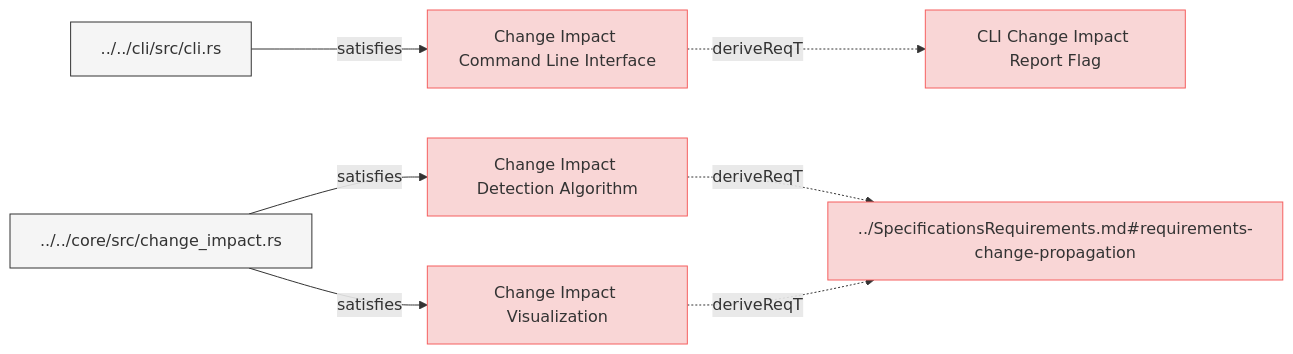
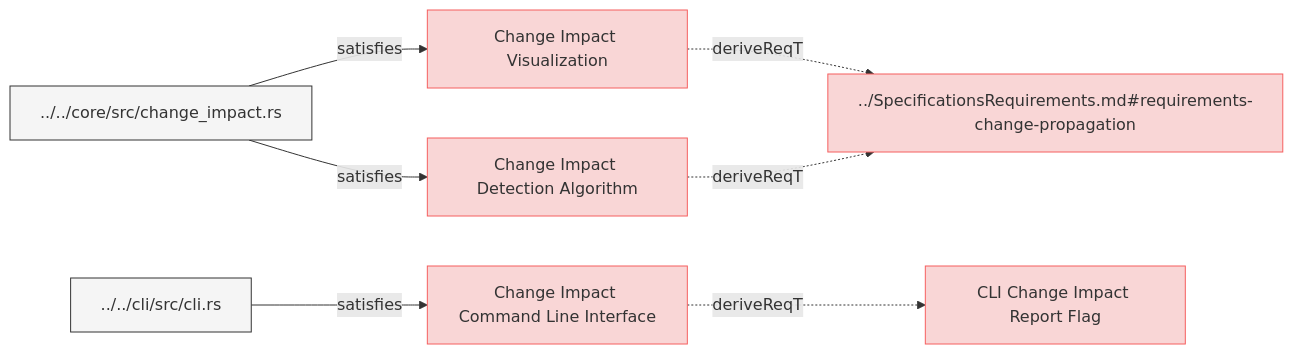
The diagram in specifications/SystemRequirements/ChangeImpactPropagation.md (reqvire-org/reqvire), drawn with Mermaid before and after one commit. The commit also changed 37 other files, not shown here.

Commit message:
Allow diagrams with blobs links when configured.

````diff
--- a/specifications/SystemRequirements/ChangeImpactPropagation.md
+++ b/specifications/SystemRequirements/ChangeImpactPropagation.md
@@ -6,36 +6,36 @@
 ```mermaid
 graph LR;
   %% Graph styling
   classDef requirement fill:#f9d6d6,stroke:#f55f5f,stroke-width:1px;
   classDef verification fill:#d6f9d6,stroke:#5fd75f,stroke-width:1px;
   classDef externalLink fill:#d0e0ff,stroke:#3080ff,stroke-width:1px;
   classDef default fill:#f5f5f5,stroke:#333333,stroke-width:1px;
 
-  df07168dd5bc52f5["Change Impact Command Line Interface"];
-  click df07168dd5bc52f5 "ChangeImpactPropagation.md#change-impact-command-line-interface";
-  class df07168dd5bc52f5 requirement;
-  c020978403254f09["CLI Change Impact Report Flag"];
-  class c020978403254f09 requirement;
-  click c020978403254f09 "Requirements.md#cli-change-impact-report-flag";
-  df07168dd5bc52f5 -.->|deriveReqT| c020978403254f09;
-  2f21d2133dbfd205["../../cli/src/cli.rs"];
-  class 2f21d2133dbfd205 default;
-  click 2f21d2133dbfd205 "../../cli/src/cli.rs";
-  2f21d2133dbfd205 -->|satisfies| df07168dd5bc52f5;
-  d46f18156c13fc62["Change Impact Detection Algorithm"];
-  click d46f18156c13fc62 "ChangeImpactPropagation.md#change-impact-detection-algorithm";
-  class d46f18156c13fc62 requirement;
-  d914e938be7e0abf["../SpecificationsRequirements.md#requirements-change-propagation"];
-  class d914e938be7e0abf requirement;
-  click d914e938be7e0abf "../SpecificationsRequirements.md#requirements-change-propagation";
-  d46f18156c13fc62 -.->|deriveReqT| d914e938be7e0abf;
-  76acbdfdc0fba01e["../../core/src/change_impact.rs"];
-  class 76acbdfdc0fba01e default;
-  click 76acbdfdc0fba01e "../../core/src/change_impact.rs";
-  76acbdfdc0fba01e -->|satisfies| d46f18156c13fc62;
-  b5f53f632fafec7e["Change Impact Visualization"];
-  click b5f53f632fafec7e "ChangeImpactPropagation.md#change-impact-visualization";
-  class b5f53f632fafec7e requirement;
-  b5f53f632fafec7e -.->|deriveReqT| d914e938be7e0abf;
-  76acbdfdc0fba01e -->|satisfies| b5f53f632fafec7e;
+  4ba519ed09b81863["Change Impact Visualization"];
+  click 4ba519ed09b81863 "specifications/SystemRequirements/ChangeImpactPropagation.md#change-impact-visualization#change-impact-visualization";
+  class 4ba519ed09b81863 requirement;
+  2054606d7574a553["../SpecificationsRequirements.md#requirements-change-propagation"];
+  class 2054606d7574a553 requirement;
+  click 2054606d7574a553 "specifications/SpecificationsRequirements.md#requirements-change-propagation#requirements-change-propagation";
+  4ba519ed09b81863 -.->|deriveReqT| 2054606d7574a553;
+  4b89dbed94c08c3e["../../core/src/change_impact.rs"];
+  class 4b89dbed94c08c3e default;
+  click 4b89dbed94c08c3e "core/src/change_impact.rs";
+  4b89dbed94c08c3e -->|satisfies| 4ba519ed09b81863;
+  37a75398bd174177["Change Impact Command Line Interface"];
+  click 37a75398bd174177 "specifications/SystemRequirements/ChangeImpactPropagation.md#change-impact-command-line-interface#change-impact-command-line-interface";
+  class 37a75398bd174177 requirement;
+  d62e8e714c37d1ad["CLI Change Impact Report Flag"];
+  class d62e8e714c37d1ad requirement;
+  click d62e8e714c37d1ad "specifications/SystemRequirements/Requirements.md#cli-change-impact-report-flag#cli-change-impact-report-flag";
+  37a75398bd174177 -.->|deriveReqT| d62e8e714c37d1ad;
+  80defdd4cbc7ee18["../../cli/src/cli.rs"];
+  class 80defdd4cbc7ee18 default;
+  click 80defdd4cbc7ee18 "cli/src/cli.rs";
+  80defdd4cbc7ee18 -->|satisfies| 37a75398bd174177;
+  c8d1020a3844532d["Change Impact Detection Algorithm"];
+  click c8d1020a3844532d "specifications/SystemRequirements/ChangeImpactPropagation.md#change-impact-detection-algorithm#change-impact-detection-algorithm";
+  class c8d1020a3844532d requirement;
+  c8d1020a3844532d -.->|deriveReqT| 2054606d7574a553;
+  4b89dbed94c08c3e -->|satisfies| c8d1020a3844532d;
 ```
````
